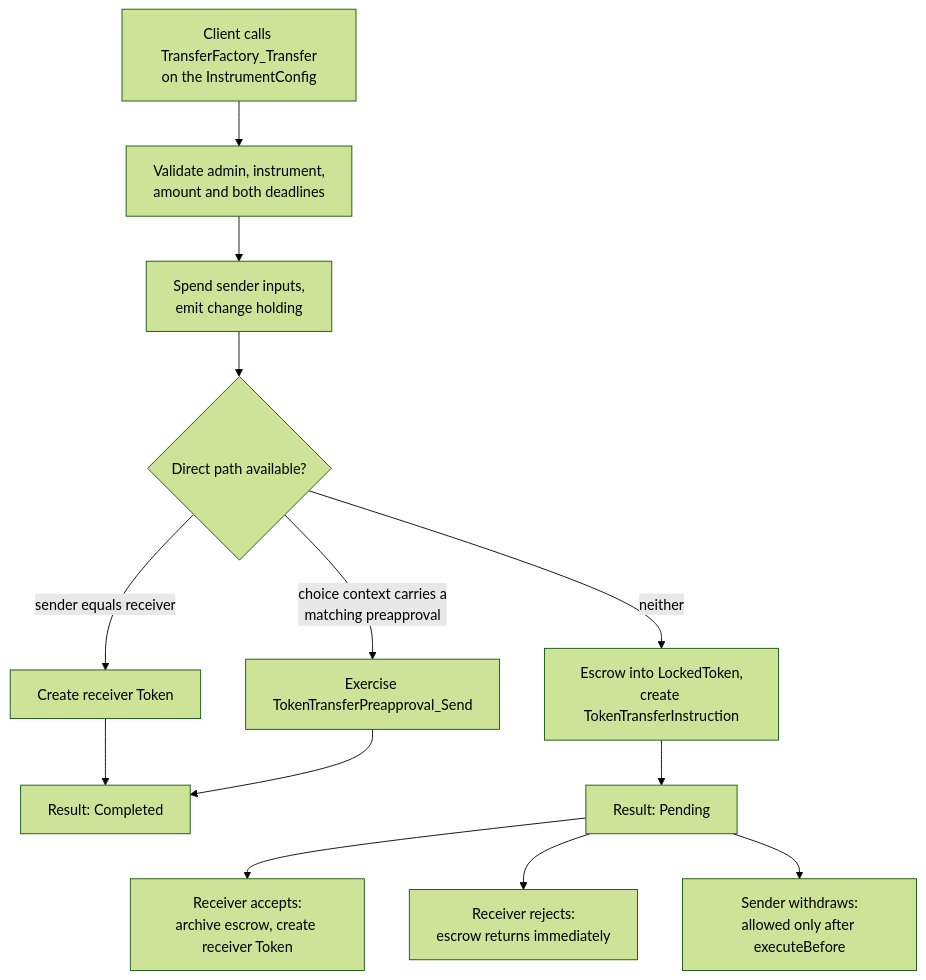
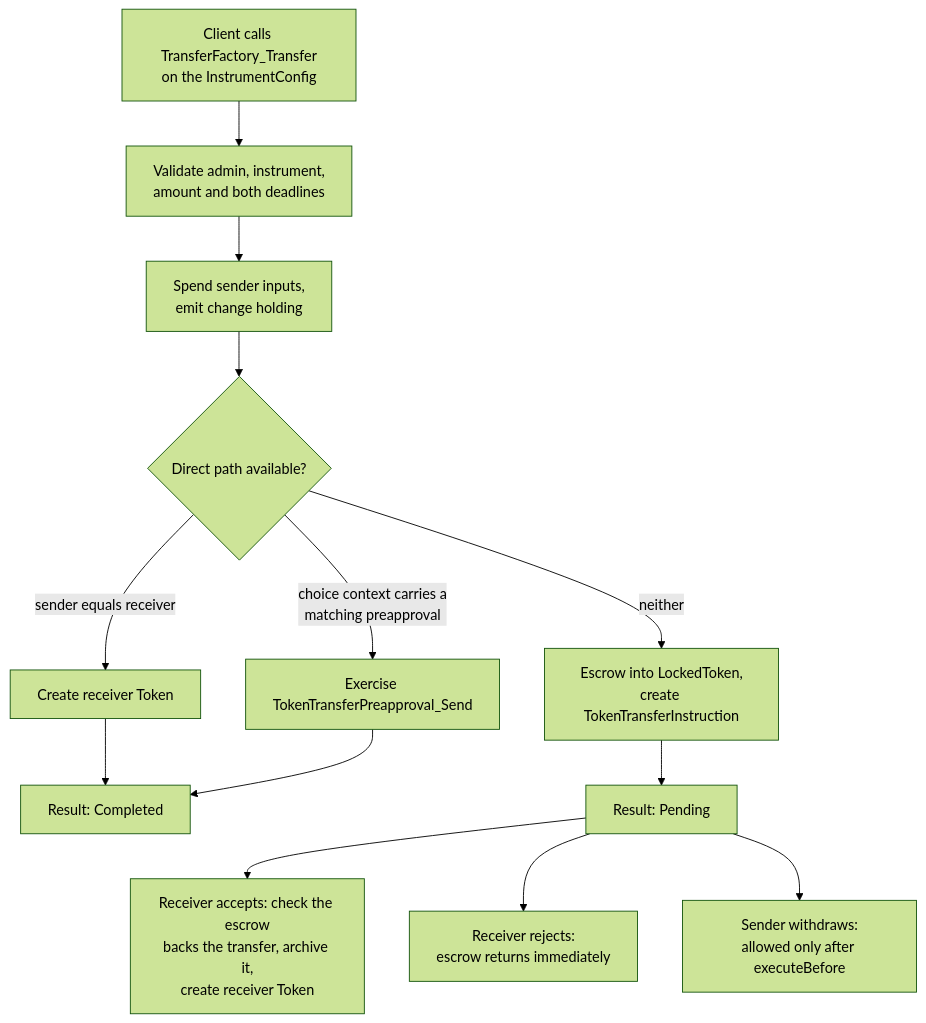
One commit to BootNodeDev/canton-token-forge changed the diagram in SPEC.md. Above: the diagram before and after it, drawn with Mermaid (forest theme). The commit also changed other lines of this file and 1 other file, not shown here.

Commit message:
docs: record the escrow checks on accept and refresh the verification counts

````diff
--- a/SPEC.md
+++ b/SPEC.md
@@ -218,15 +218,15 @@
 ```mermaid
 flowchart TD
   A[Client calls TransferFactory_Transfer<br/>on the InstrumentConfig] --> B[Validate admin, instrument,<br/>amount and both deadlines]
   B --> C[Spend sender inputs,<br/>emit change holding]
   C --> D{Direct path available?}
   D -->|sender equals receiver| E[Create receiver Token]
   D -->|choice context carries a<br/>matching preapproval| F[Exercise TokenTransferPreapproval_Send]
   D -->|neither| G[Escrow into LockedToken,<br/>create TokenTransferInstruction]
   E --> H[Result: Completed]
   F --> H
   G --> I[Result: Pending]
-  I --> J[Receiver accepts:<br/>archive escrow, create receiver Token]
+  I --> J[Receiver accepts: check the escrow<br/>backs the transfer, archive it,<br/>create receiver Token]
   I --> K[Receiver rejects:<br/>escrow returns immediately]
   I --> L[Sender withdraws:<br/>allowed only after executeBefore]
 ```
````
